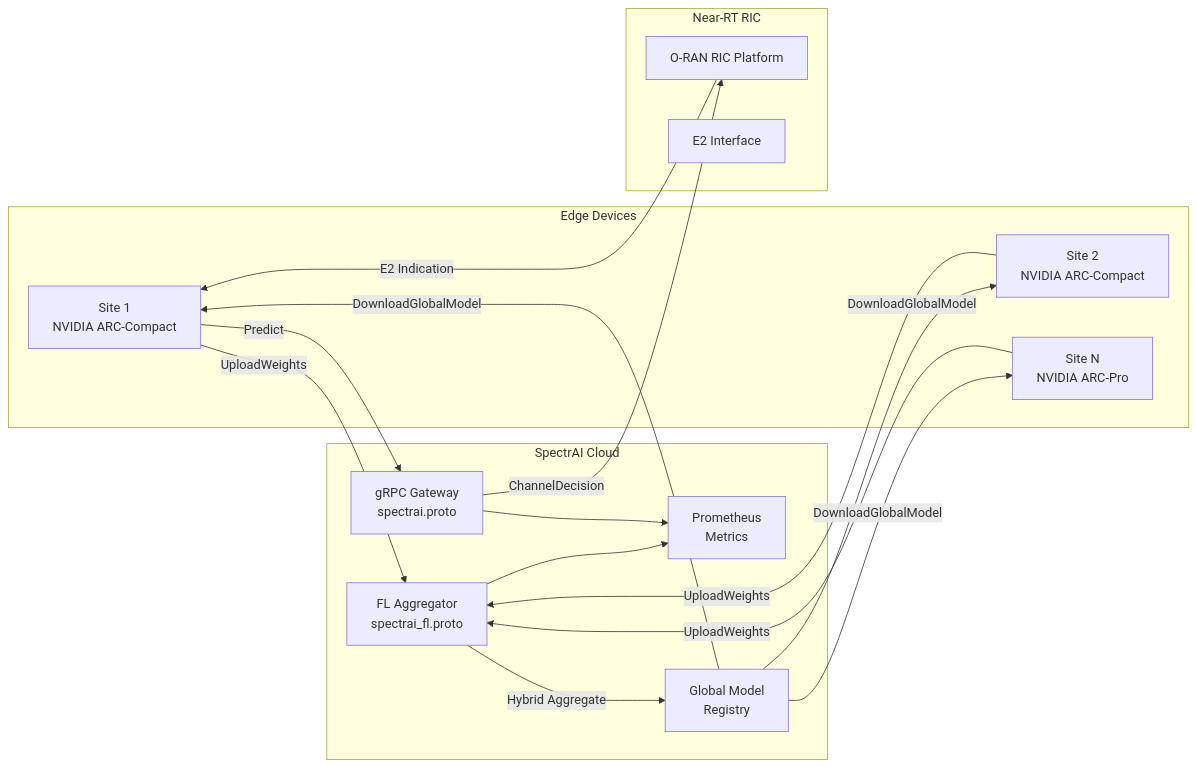
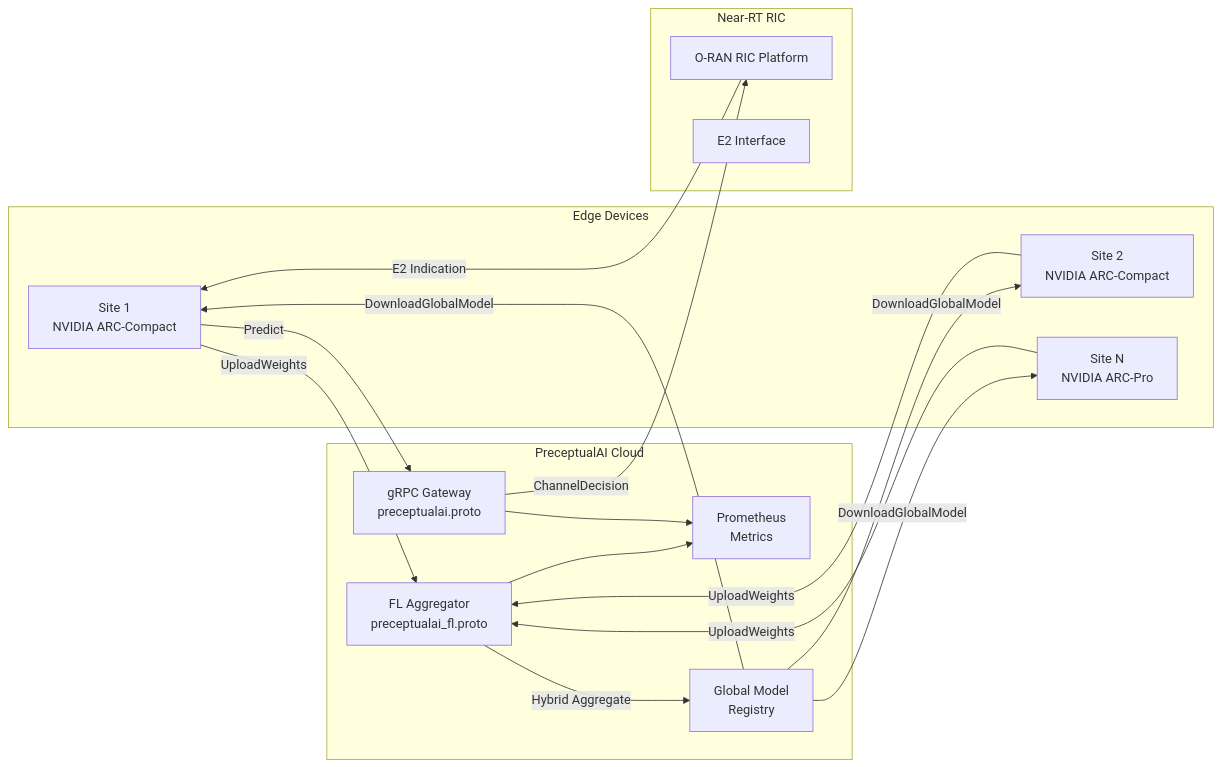
One commit to Danielfoojunwei/PreceptualAI-5G-Dynamic-Spectrum-Access-O-RAN-NVIDIA-ARC changed the second of 2 diagrams in README.md. Above: the diagram before and after it, drawn with Mermaid. The commit also changed other lines of this file and 160 other files, not shown here.

First line of the commit message:
Rename SpectrAI → PreceptualAI and integrate full UHCI stack

````diff
--- a/README.md
+++ b/README.md
@@ -203,33 +203,33 @@
 ```mermaid
 graph LR
     subgraph Edge Devices
         E1[Site 1<br/>NVIDIA ARC-Compact]
         E2[Site 2<br/>NVIDIA ARC-Compact]
         E3[Site N<br/>NVIDIA ARC-Pro]
     end
 
-    subgraph SpectrAI Cloud
-        GRPC[gRPC Gateway<br/>spectrai.proto]
-        FL[FL Aggregator<br/>spectrai_fl.proto]
+    subgraph PreceptualAI Cloud
+        GRPC[gRPC Gateway<br/>preceptualai.proto]
+        FL[FL Aggregator<br/>preceptualai_fl.proto]
         PROM[Prometheus<br/>Metrics]
         GLOB[Global Model<br/>Registry]
     end
 
     subgraph Near-RT RIC
         RIC[O-RAN RIC Platform]
         E2I[E2 Interface]
     end
 
     E1 -->|UploadWeights| FL
     E2 -->|UploadWeights| FL
     E3 -->|UploadWeights| FL
     FL -->|Hybrid Aggregate| GLOB
     GLOB -->|DownloadGlobalModel| E1
     GLOB -->|DownloadGlobalModel| E2
     GLOB -->|DownloadGlobalModel| E3
     E1 -->|Predict| GRPC
     GRPC -->|ChannelDecision| RIC
     RIC -->|E2 Indication| E1
     FL --> PROM
     GRPC --> PROM
 ```
````
